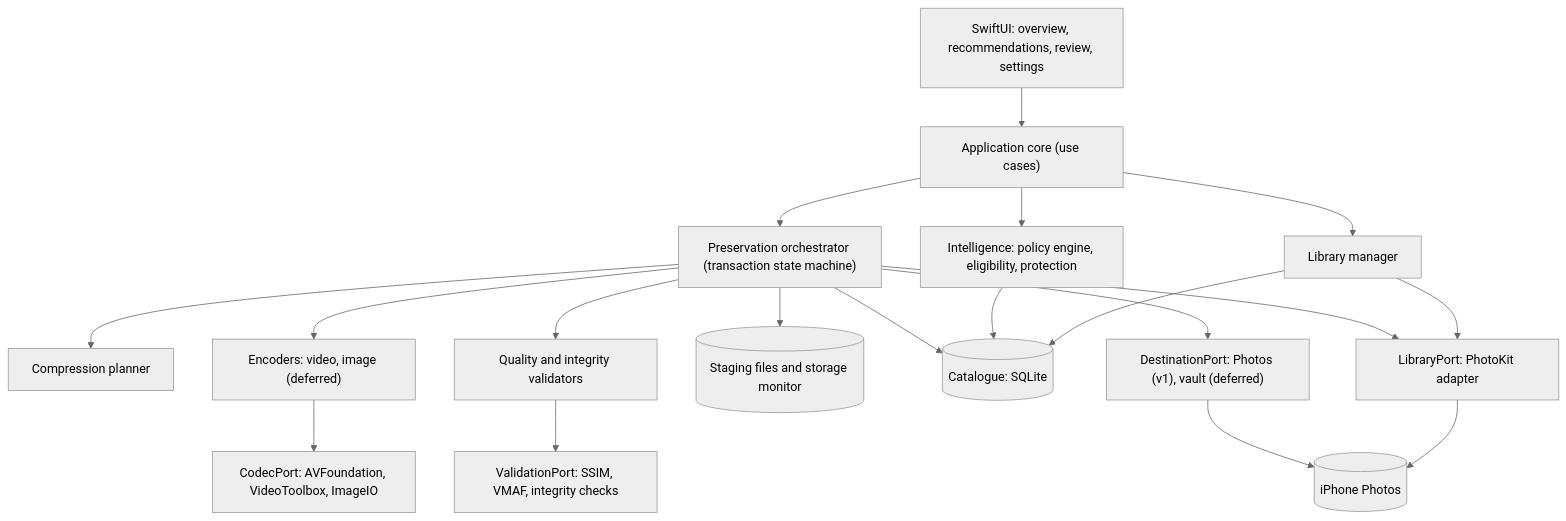
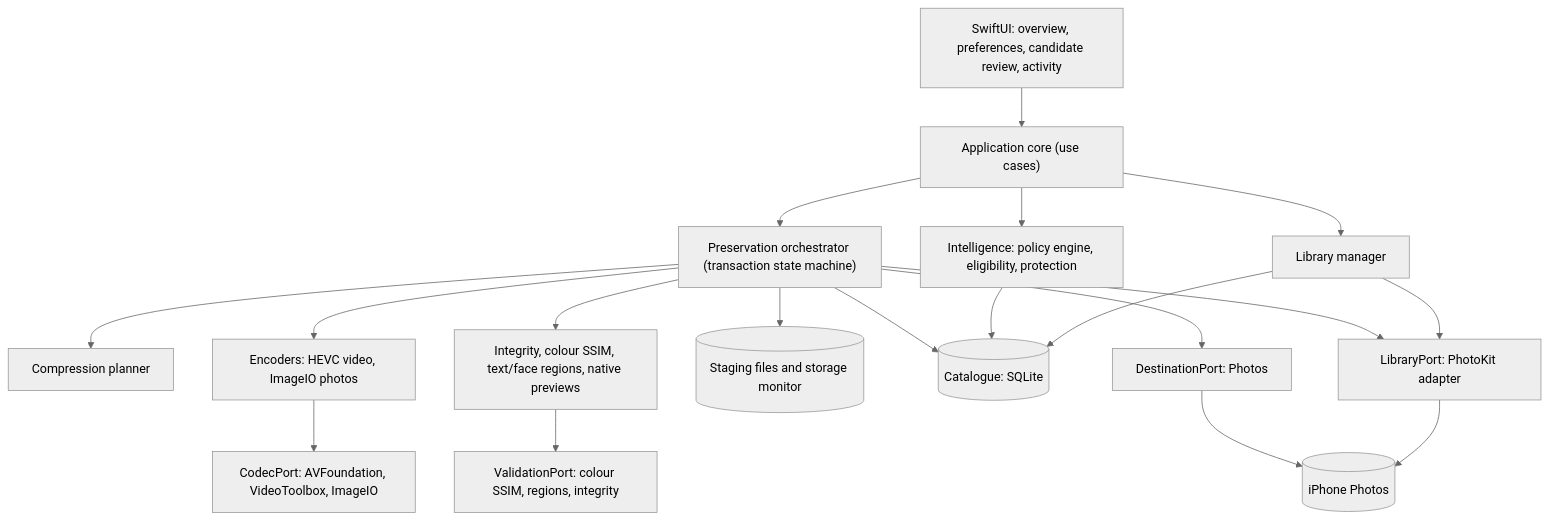
The first of 3 diagrams in docs/architecture.md (IMitesh185/EverKeep), drawn with Mermaid (neutral theme) before and after one commit. The commit also changed other lines of this file, not shown here.

Commit message:
System design: layers, classes, data flow and item lifecycle

````diff
--- a/docs/architecture.md
+++ b/docs/architecture.md
@@ -8,21 +8,21 @@
 ```mermaid
 flowchart TB
-    UX["SwiftUI: overview, recommendations, review, settings"] --> Core["Application core (use cases)"]
+    UX["SwiftUI: overview, preferences, candidate review, activity"] --> Core["Application core (use cases)"]
     Core --> Lib["Library manager"]
     Core --> Intel["Intelligence: policy engine, eligibility, protection"]
     Core --> Orch["Preservation orchestrator (transaction state machine)"]
     Orch --> Plan["Compression planner"]
-    Orch --> Enc["Encoders: video, image (deferred)"]
-    Orch --> Val["Quality and integrity validators"]
+    Orch --> Enc["Encoders: HEVC video, ImageIO photos"]
+    Orch --> Val["Integrity, colour SSIM, text/face regions, native previews"]
     Orch --> Stage[("Staging files and storage monitor")]
     Lib --> Cat[("Catalogue: SQLite")]
     Intel --> Cat
     Orch --> Cat
     Lib --> LP["LibraryPort: PhotoKit adapter"]
     Orch --> LP
-    Orch --> DP["DestinationPort: Photos (v1), vault (deferred)"]
+    Orch --> DP["DestinationPort: Photos"]
     Enc --> CP["CodecPort: AVFoundation, VideoToolbox, ImageIO"]
-    Val --> VP["ValidationPort: SSIM, VMAF, integrity checks"]
+    Val --> VP["ValidationPort: colour SSIM, regions, integrity"]
     LP --> Photos[("iPhone Photos")]
     DP --> Photos
 ```
````
